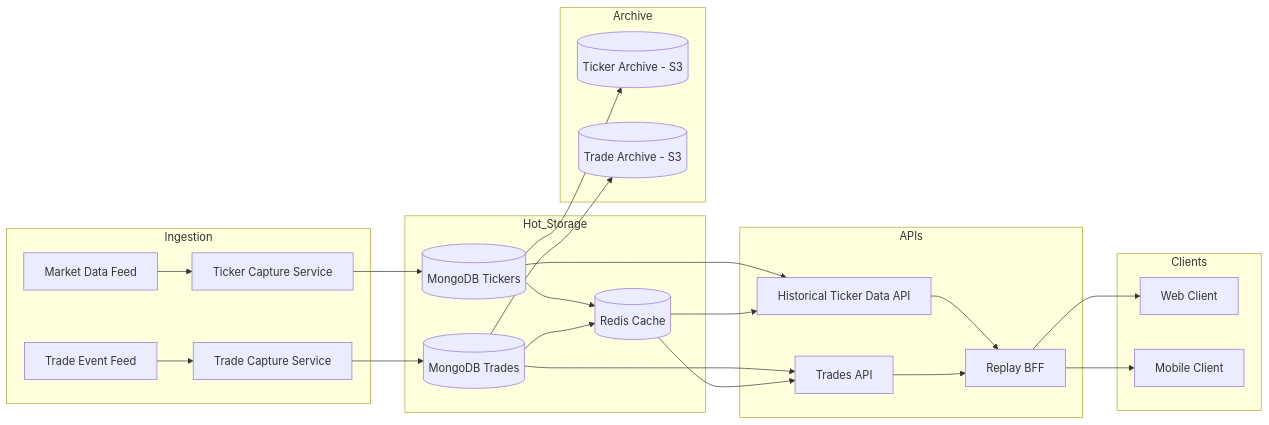
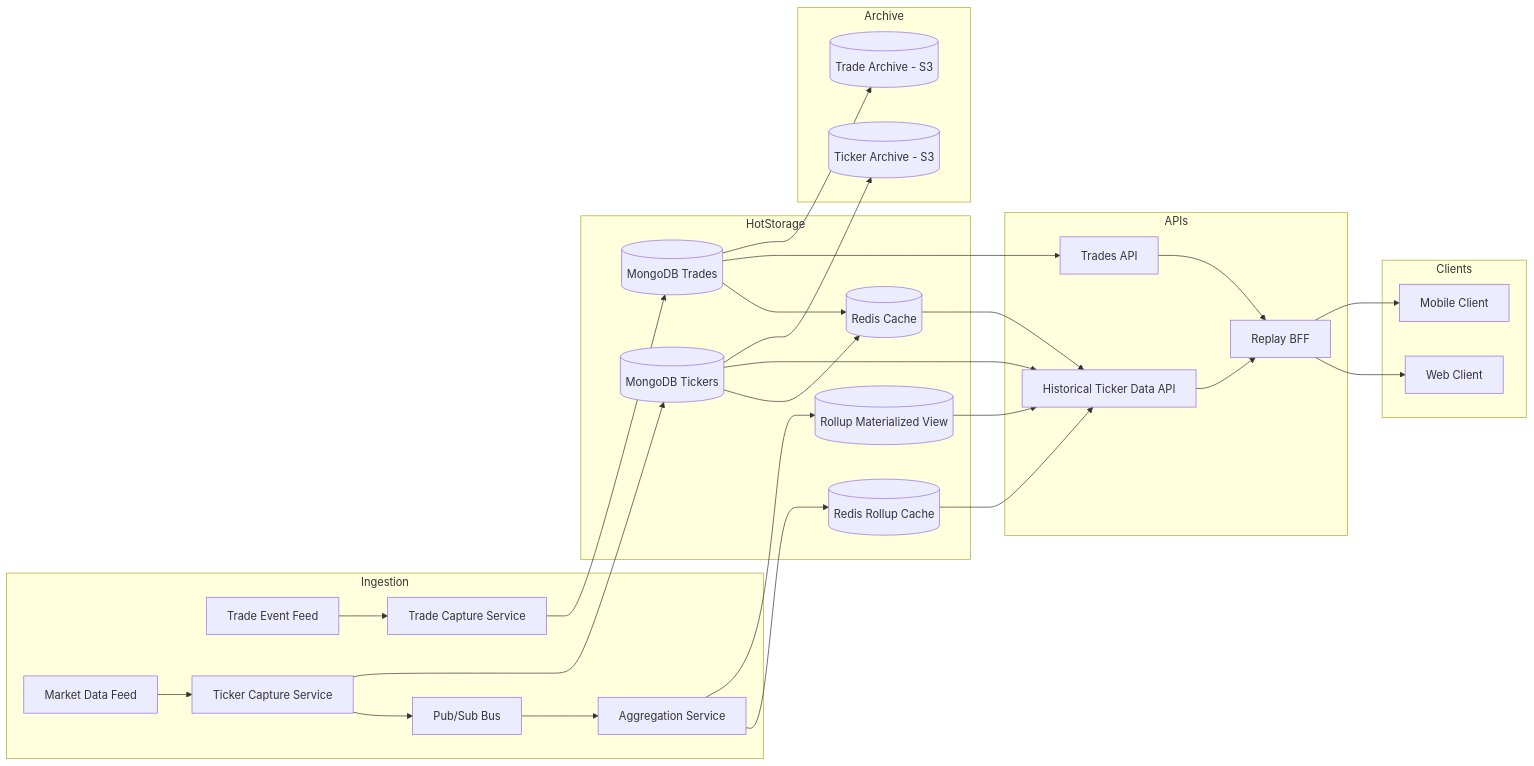
Before and after one commit to tonyraoul/station-alpha: the second of 2 diagrams in question-2/design-doc.md, drawn with Mermaid. The commit also changed other lines of this file, not shown here.

````diff
--- a/question-2/design-doc.md
+++ b/question-2/design-doc.md
@@ -154,47 +187,56 @@
 ```mermaid
 flowchart LR
    subgraph Ingestion
       MD[Market Data Feed]
       TE[Trade Event Feed]
       TCS[Ticker Capture Service]
       TRCS[Trade Capture Service]
+      BUS[Pub/Sub Bus]
+      AGG2[Aggregation Service]
       MD --> TCS
       TE --> TRCS
+      TCS --> BUS
+      BUS --> AGG2
    end
 
-   subgraph Hot_Storage
+   subgraph HotStorage
       REDIS[(Redis Cache)]
+      REDIS_ROLL[(Redis Rollup Cache)]
+      ROLLUP_VIEW[(Rollup Materialized View)]
       MONGO_T[(MongoDB Tickers)]
       MONGO_TR[(MongoDB Trades)]
       TCS --> MONGO_T
       TRCS --> MONGO_TR
       MONGO_T --> REDIS
       MONGO_TR --> REDIS
+      AGG2 --> REDIS_ROLL
+      AGG2 --> ROLLUP_VIEW
    end
 
    subgraph APIs
       HTAPI[Historical Ticker Data API]
       TRAPI[Trades API]
       BFF2[Replay BFF]
       MONGO_T --> HTAPI
       MONGO_TR --> TRAPI
       REDIS --> HTAPI
-      REDIS --> TRAPI
+      REDIS_ROLL --> HTAPI
+      ROLLUP_VIEW --> HTAPI
       HTAPI --> BFF2
       TRAPI --> BFF2
    end
 
    subgraph Clients
       WEB[Web Client]
       MOBILE[Mobile Client]
       BFF2 --> WEB
       BFF2 --> MOBILE
    end
 
    subgraph Archive
       S3T[(Ticker Archive - S3)]
       S3TR[(Trade Archive - S3)]
       MONGO_T --> S3T
       MONGO_TR --> S3TR
    end
 ```
````
